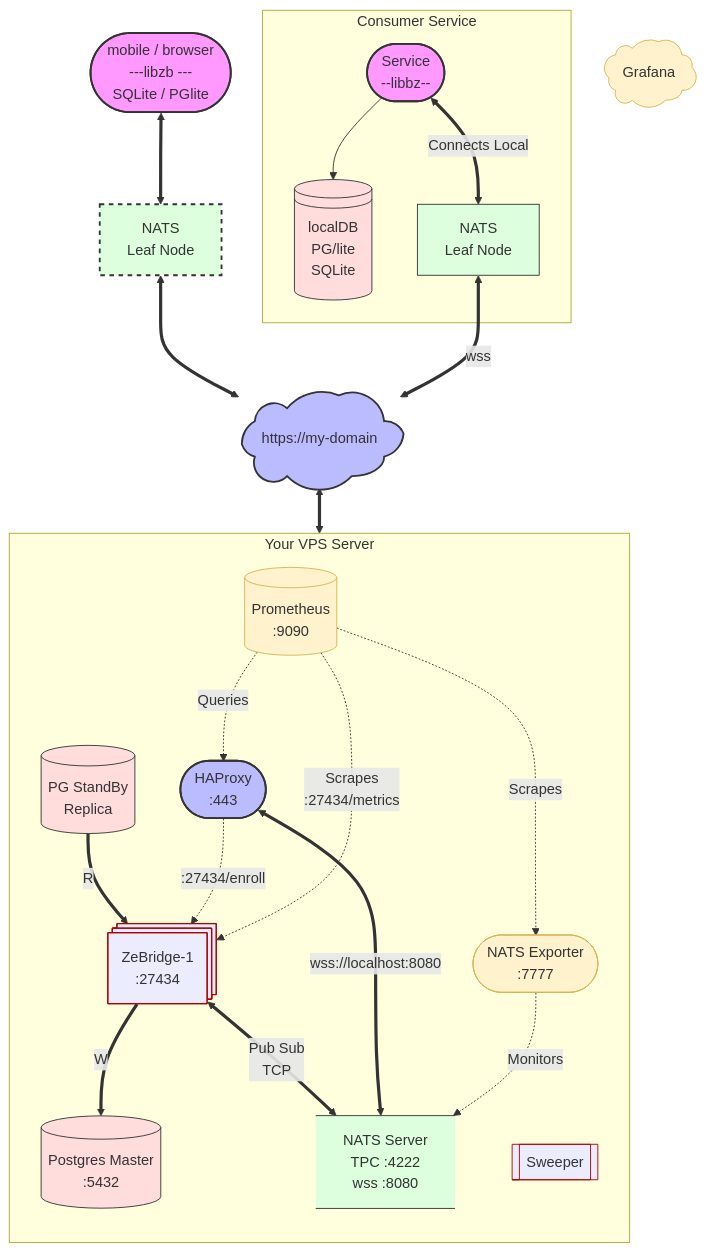
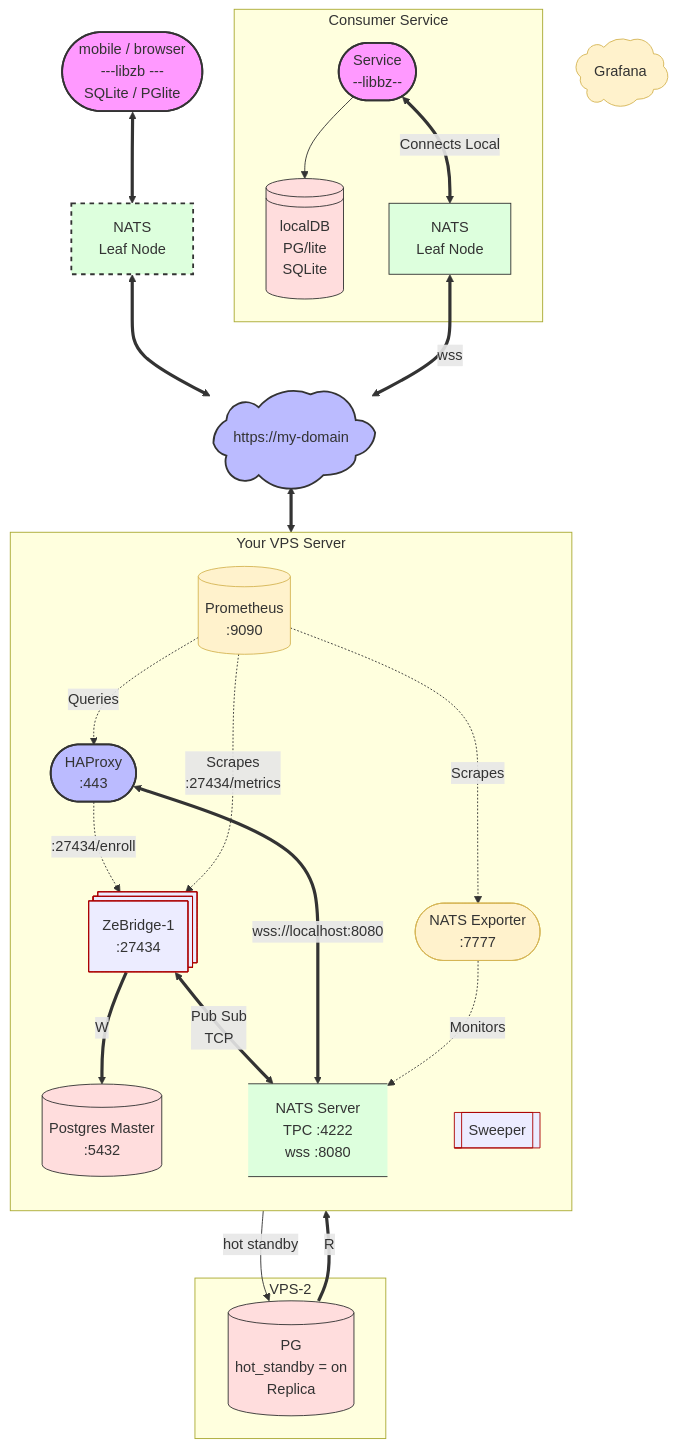
The second of 3 diagrams in README.md (ndrean/ZeBridge), drawn with Mermaid before and after one commit. The commit also changed other lines of this file and 51 other files, not shown here.

```diff
--- a/README.md
+++ b/README.md
@@ -171,6 +170,9 @@
         CF([https://my-domain]):::proxy
         CF@{ shape: cloud}
     %% end 
+    subgraph VPS-2
+      PGREP[(PG <br>hot_standby = on<br>Replica)]:::secure
+    end
 
     %% VPS Boundary
     subgraph VPS [Your VPS Server]
@@ -180,7 +182,6 @@
         %% Internal Apps
         Prom[(Prometheus<br> :9090)]:::telemetry
         NatsExp([NATS Exporter<br>:7777]):::telemetry
-        PGREP[(PG StandBy<br>Replica)]:::secure
         Bridge[[ZeBridge-1<br> :27434]]:::bridge
         Bridge@{shape: st-rect}
         PG[(Postgres Master <br> :5432)]:::secure
@@ -198,6 +199,7 @@
       RemoteLeaf
     end
     %% External Connections to Cloudflare
+    PG -->|hot standby| PGREP
     User <==>RemoteLeaf2
     RemoteLeaf2 <==>CF
     RemoteLeaf <==>|wss| CF
```
